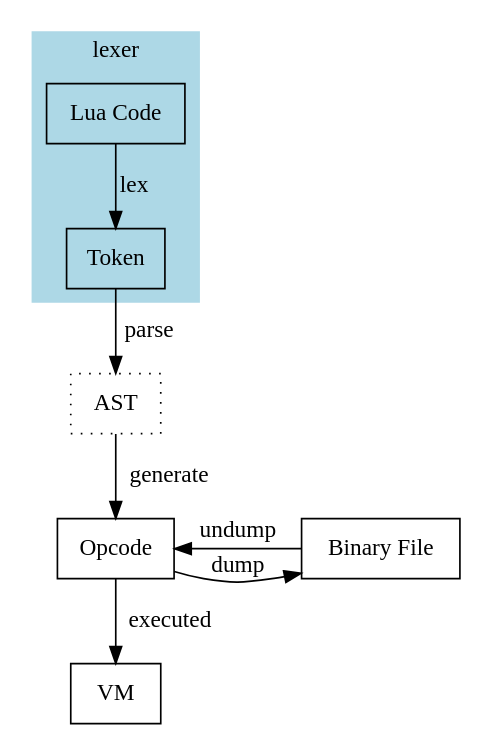
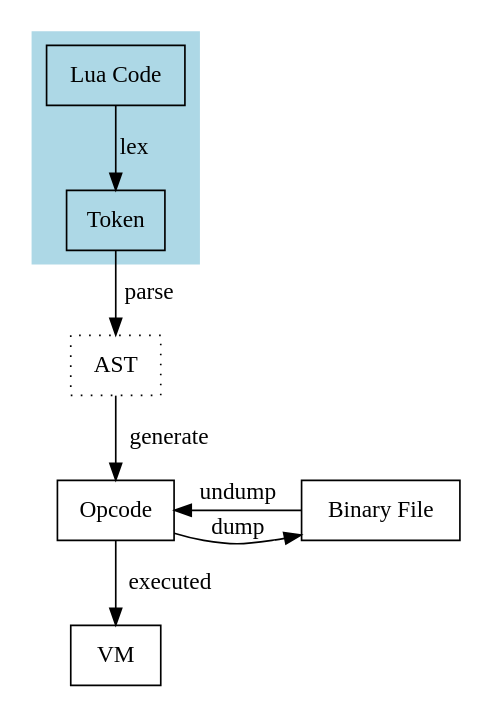
Before and after one commit to DreamAndDead/lua-5.1-source-guide: the third of 11 diagrams in book/lexer.org, drawn with Graphviz. The commit also changed 13 other files, not shown here.

```diff
--- a/book/lexer.org
+++ b/book/lexer.org
@@ -79,29 +79,28 @@
 #+begin_src dot :file lexer-feature.png
 digraph {
 	rankdir = TB;
 	node[shape=box];
 
 	subgraph cluster_0 {
 	lua[label="Lua Code"];
 	tk[label="Token"];
-	label="lexer";
 	style=filled;
 	color=lightblue;
 }
 
 	ast[label="AST", style="dotted"];
 	vm[label="VM"];
 	{
 		rank=same;
 		op[label="Opcode"];
 		bf[label="Binary File"];
 	}
 
 	lua -> tk[label="lex"];
 	tk -> ast[label="parse"];
 	ast -> op[label="generate"];
 	op -> vm[label="executed"];
 	op -> bf[label="dump"];
 	bf -> op[label="undump"];
 }
 #+end_src
```
